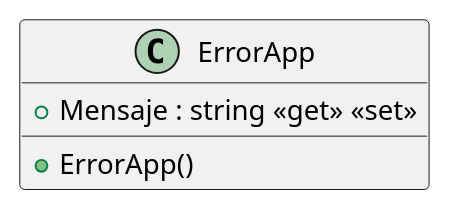
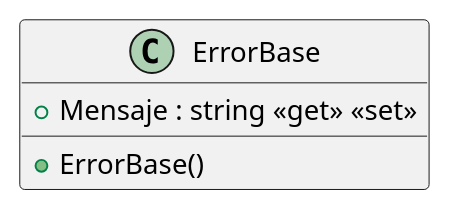
Before and after one commit to wkrea/BlogPost-appdemo: the diagram in BackEnd/App.Core/Dominio/Errors/ErrorApp.puml, drawn with PlantUML. The commit also changed 23 other files, not shown here.

```diff
--- a/BackEnd/App.Core/Dominio/Errors/ErrorApp.puml
+++ b/BackEnd/App.Core/Dominio/Errors/ErrorApp.puml
@@ -1,6 +1,6 @@
 @startuml
-class ErrorApp {
+class ErrorBase {
     + Mensaje : string <<get>> <<set>>
-    + ErrorApp()
+    + ErrorBase()
 }
 @enduml
```
